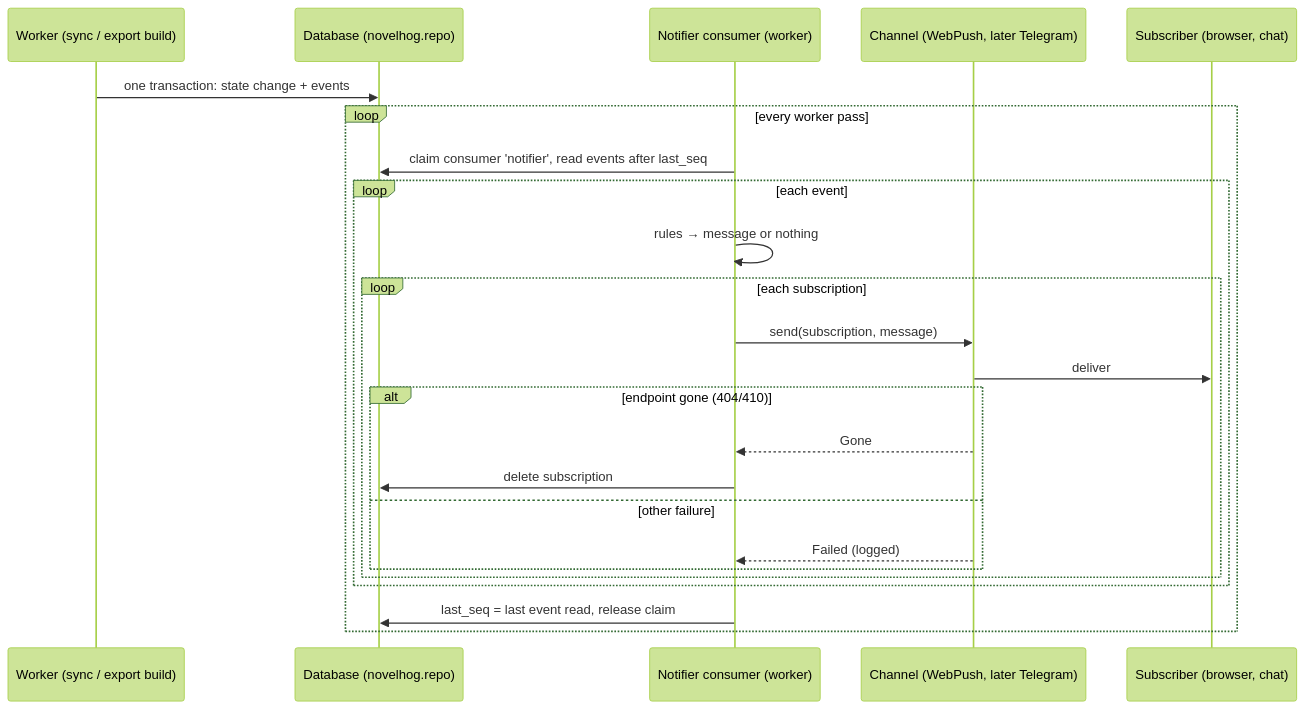
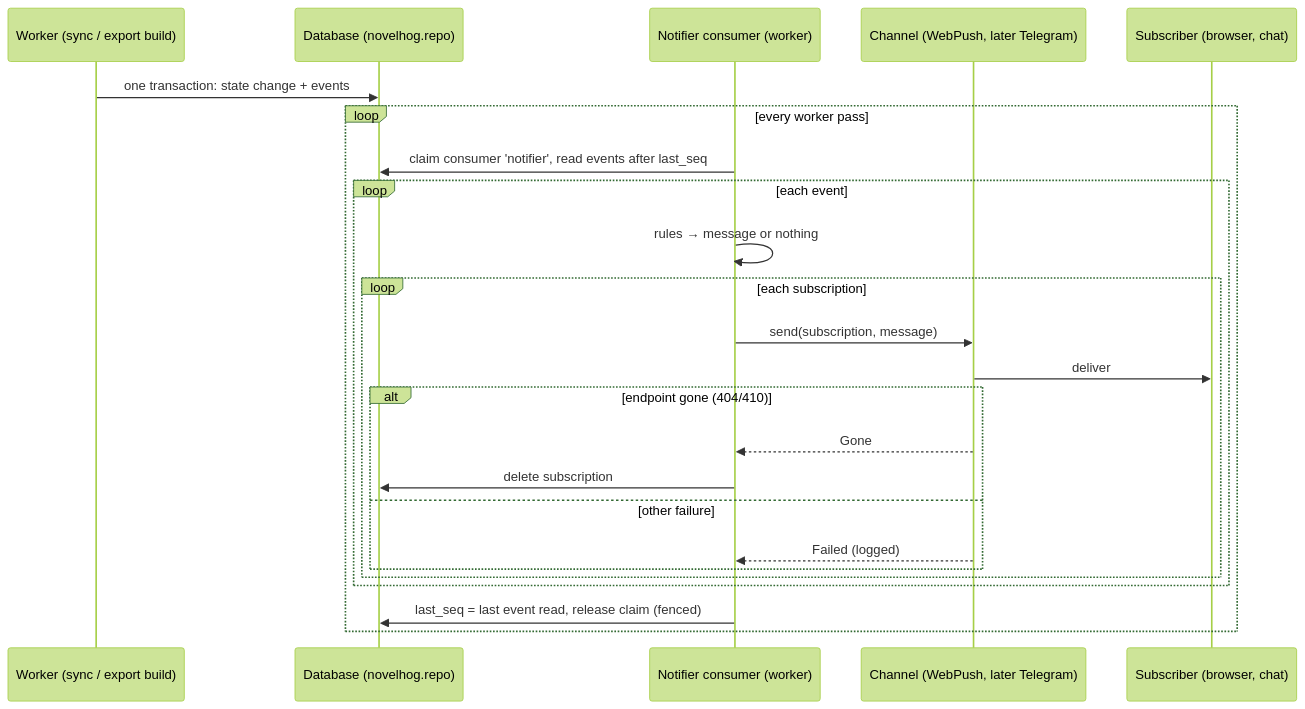
The fourth of 4 diagrams in docs/superpowers/specs/2026-10-18-novelhog-design.md (t3hk0d3/novelhog), drawn with Mermaid (forest theme) before and after one commit. The commit also changed other lines of this file, not shown here.

````diff
--- a/docs/superpowers/specs/2026-10-18-novelhog-design.md
+++ b/docs/superpowers/specs/2026-10-18-novelhog-design.md
@@ -839,27 +1067,27 @@
 ```mermaid
 sequenceDiagram
     participant W as Worker (sync / export build)
     participant DB as Database (novelhog.repo)
     participant N as Notifier consumer (worker)
     participant C as Channel (WebPush, later Telegram)
     participant S as Subscriber (browser, chat)
 
     W->>DB: one transaction: state change + events
     loop every worker pass
         N->>DB: claim consumer 'notifier', read events after last_seq
         loop each event
             N->>N: rules → message or nothing
             loop each subscription
                 N->>C: send(subscription, message)
                 C->>S: deliver
                 alt endpoint gone (404/410)
                     C-->>N: Gone
                     N->>DB: delete subscription
                 else other failure
                     C-->>N: Failed (logged)
                 end
             end
         end
-        N->>DB: last_seq = last event read, release claim
+        N->>DB: last_seq = last event read, release claim (fenced)
     end
 ```
````
